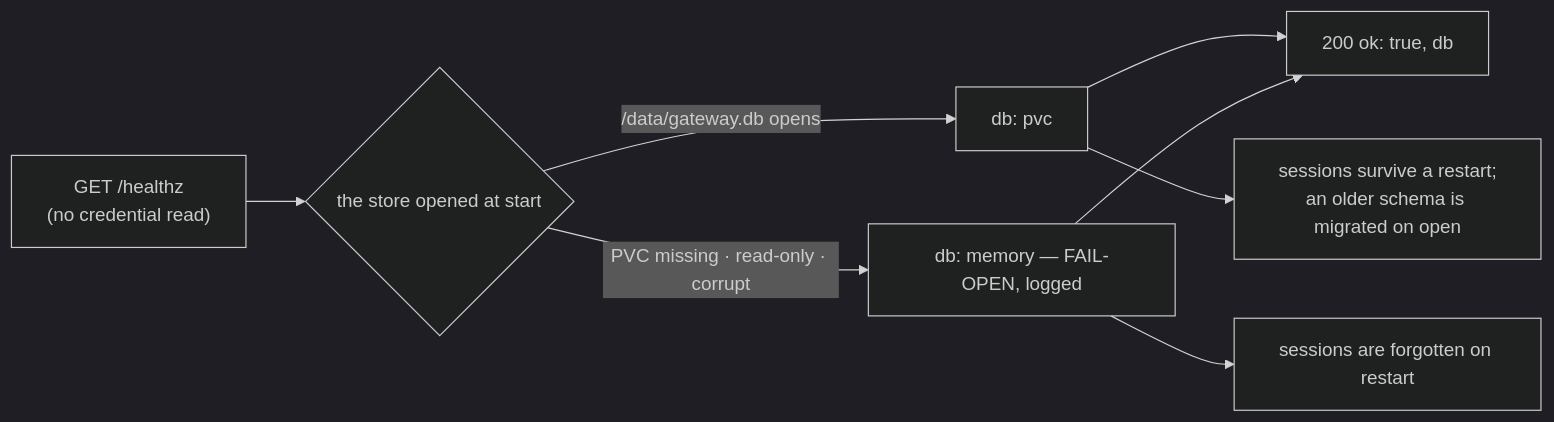
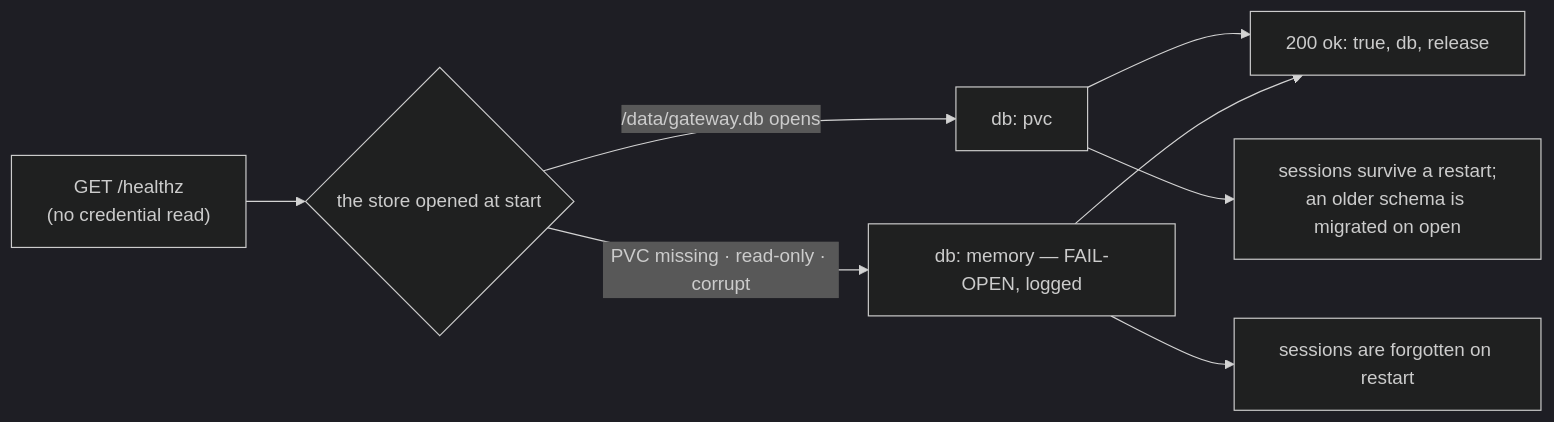
Before and after one commit to teststuffstash/homelab: the diagram in gateway/specs/endpoints/health.md, drawn with Mermaid (dark theme). The commit also changed other lines of this file and 12 other files, not shown here.

````diff
--- a/gateway/specs/endpoints/health.md
+++ b/gateway/specs/endpoints/health.md
@@ -28,17 +28,17 @@
 ```mermaid
 flowchart LR
   P["GET /healthz\n(no credential read)"] --> S{"the store opened at start"}
   S -->|/data/gateway.db opens| V["db: pvc"]
   S -->|PVC missing · read-only · corrupt| M["db: memory — FAIL-OPEN, logged"]
-  V --> A["200 ok: true, db"]
+  V --> A["200 ok: true, db, release"]
   M --> A
   V --> R["sessions survive a restart;\nan older schema is migrated on open"]
   M --> F["sessions are forgotten on restart"]
   click P href "#the-probe-needs-no-credential" "The probe needs no credential" _self
   click S href "#which-store-the-gateway-runs-on" "Which store the gateway runs on" _self
   click V href "#which-store-the-gateway-runs-on" "The PVC store" _self
   click M href "#which-store-the-gateway-runs-on" "The fail-open memory store" _self
   click A href "#gw-health" "GW-HEALTH" _self
   click R href "#what-survives-a-restart" "What survives a restart" _self
   click F href "#what-survives-a-restart" "What survives a restart" _self
 ```
````
